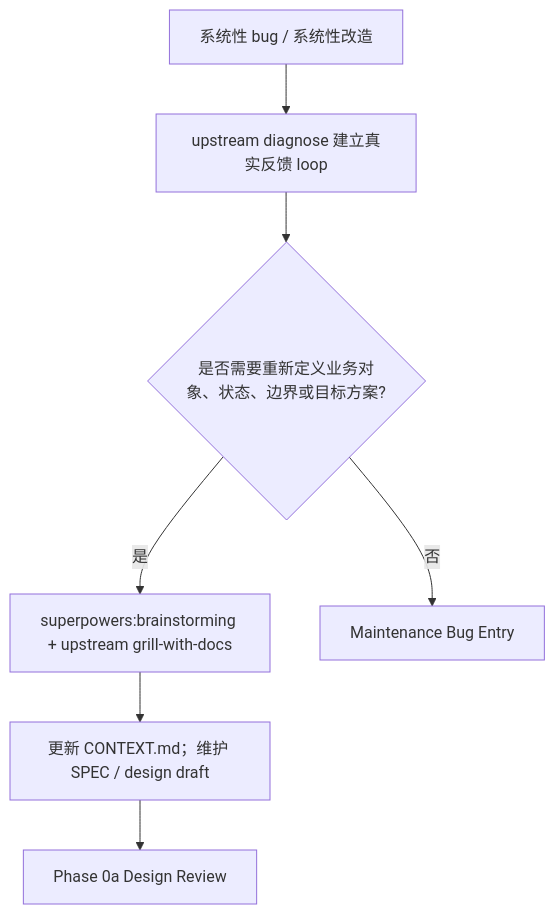
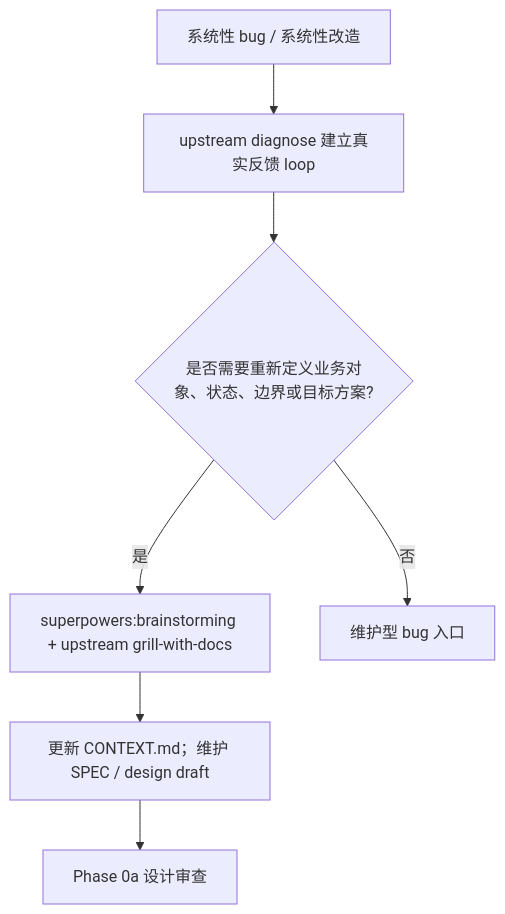
Before and after one commit to chancheuklap/multi-model-workflow: the second of 5 diagrams in .agents/skills/orchestrate-workflow/SKILL.md, drawn with Mermaid. The commit also changed other lines of this file and 20 other files, not shown here.

````diff
--- a/.agents/skills/orchestrate-workflow/SKILL.md
+++ b/.agents/skills/orchestrate-workflow/SKILL.md
@@ -71,9 +74,9 @@
 ```mermaid
 flowchart TD
     A["系统性 bug / 系统性改造"] --> B["upstream diagnose 建立真实反馈 loop"]
     B --> C{"是否需要重新定义业务对象、状态、边界或目标方案?"}
     C -->|是| D["superpowers:brainstorming + upstream grill-with-docs"]
     D --> E["更新 CONTEXT.md；维护 SPEC / design draft"]
-    E --> F["Phase 0a Design Review"]
-    C -->|否| G["Maintenance Bug Entry"]
+    E --> F["Phase 0a 设计审查"]
+    C -->|否| G["维护型 bug 入口"]
 ```
````
